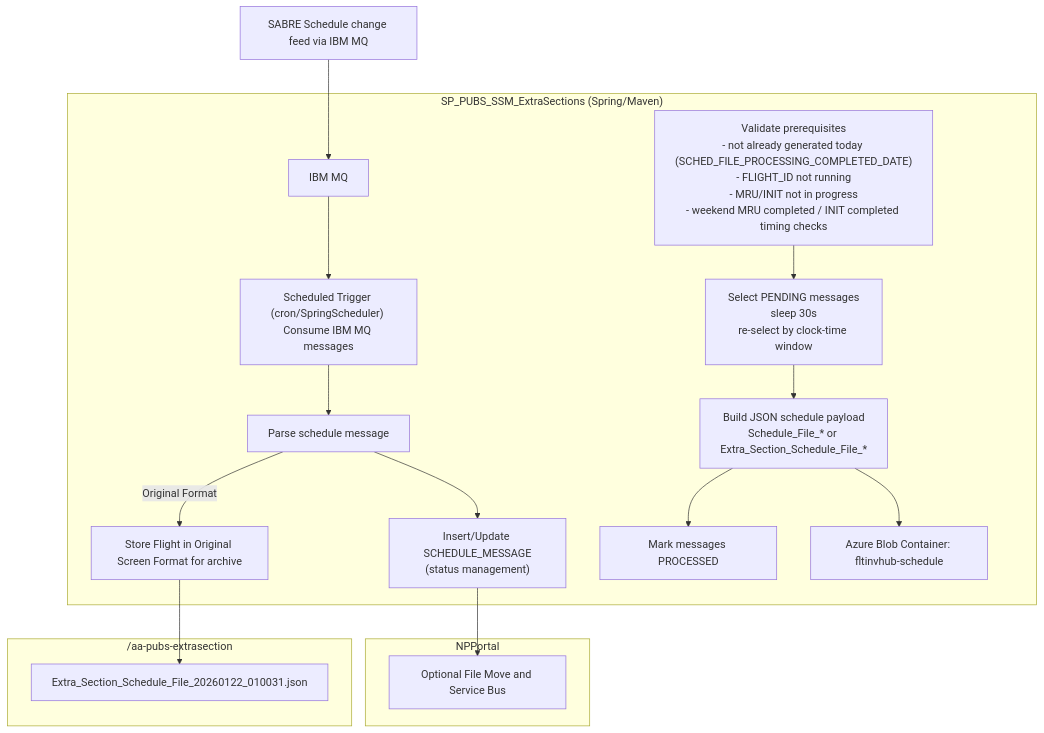
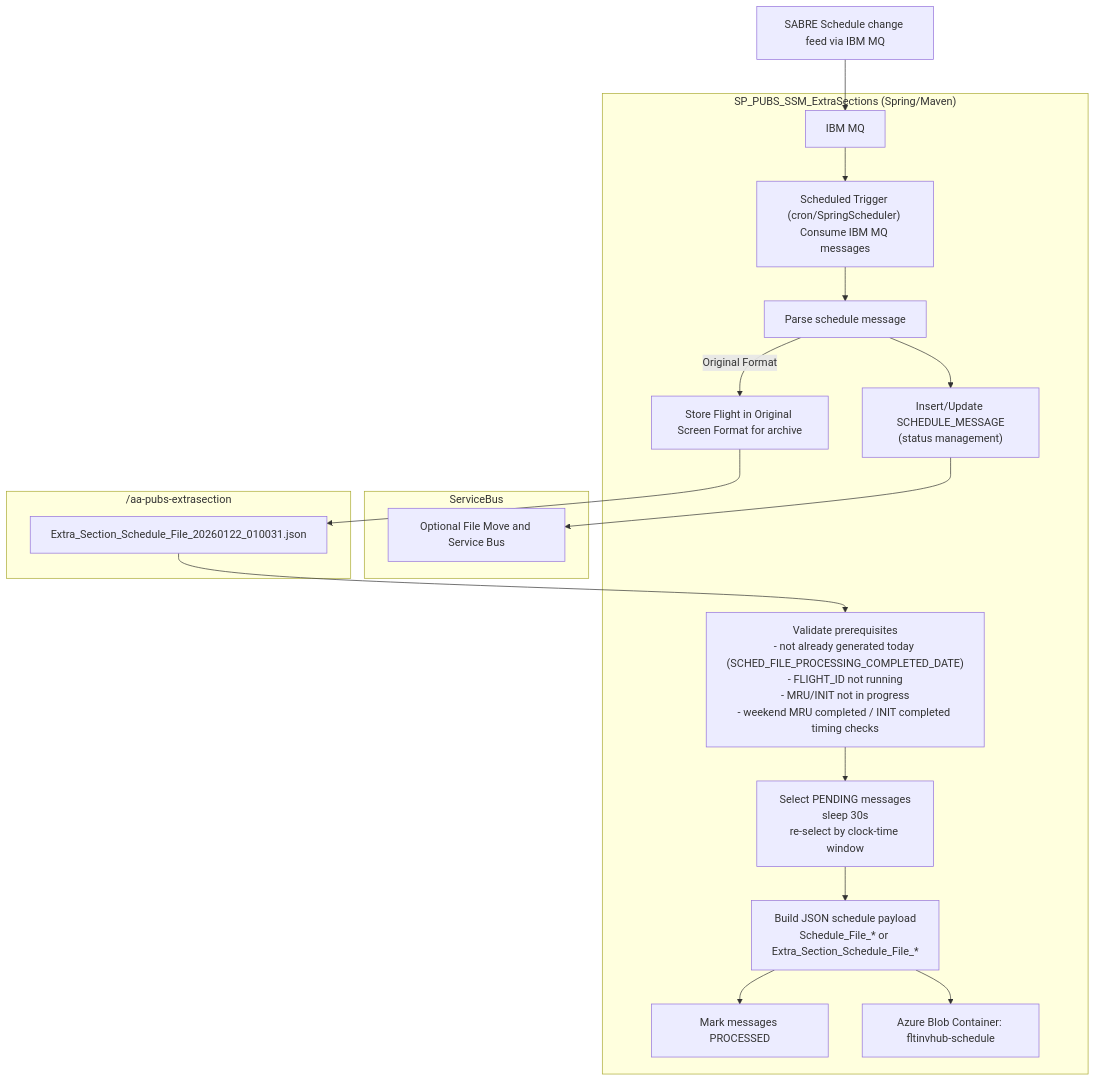
The diagram in README.md (GarrenBagley366/SP_PUBS_SSM_ExtraSections), drawn with Mermaid before and after one commit.

````diff
--- a/README.md
+++ b/README.md
@@ -10,36 +10,36 @@
 ```mermaid
 flowchart TD
   %% Sources
   SABRE["SABRE Schedule change feed via IBM MQ"] --> MQ["IBM MQ"]
 
   %% Generator
   subgraph GEN["SP_PUBS_SSM_ExtraSections (Spring/Maven)"]
     MQ --> G1["Scheduled Trigger (cron/SpringScheduler) Consume IBM MQ messages"]
     G1 --> G2["Parse schedule message"]
     click G2 href "https://github.com/AAInternal/FltInvhub_Schedule_FileProcessor/wiki/File-Processor-Business-Rules"
     G2 --> G3["Insert/Update SCHEDULE_MESSAGE<br/>(status management)"]
     G2 -->|Original Format| G4["Store Flight in Original Screen Format for archive<br/>"]
     
 
 G6["Validate prerequisites<br/>- not already generated today (SCHED_FILE_PROCESSING_COMPLETED_DATE)<br/>- FLIGHT_ID not running<br/>- MRU/INIT not in progress<br/>- weekend MRU completed / INIT completed timing checks"]
     G6 --> G7["Select PENDING messages<br/>sleep 30s<br/>re-select by clock-time window"]
     G7 --> G8["Build JSON schedule payload<br/>Schedule_File_* or Extra_Section_Schedule_File_*"]
     G8 --> G9["Mark messages PROCESSED"]
     G8 --> BLOB_IN["Azure Blob Container: fltinvhub-schedule"]
   end
 
   %% Message Bus
-  subgraph NPPortal
+  subgraph ServiceBus
     SB["Optional File Move and Service Bus"]
   end
 
   subgraph DIR["/aa-pubs-extrasection"]
     FA["Extra_Section_Schedule_File_20260122_010031.json"]
-    click FA "javascript:void(0)" "Entry point for the app"
   end
 
   %% Edges
   G3 --> SB
   G4 --> FA
+  FA --> G6
 
 ```
````
